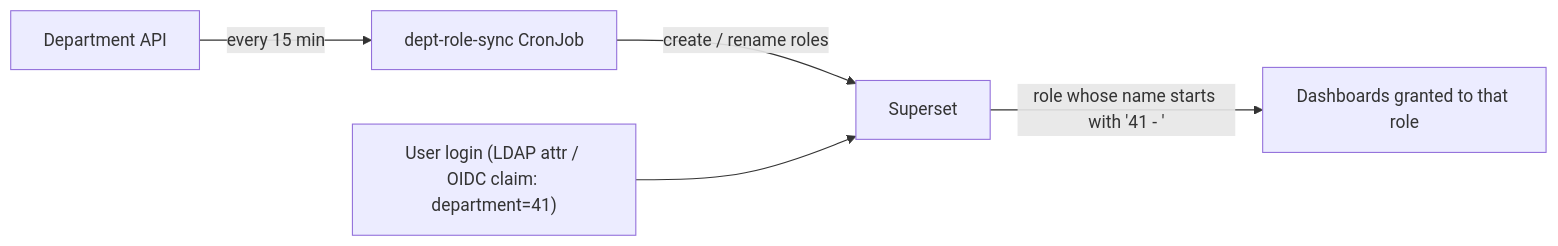
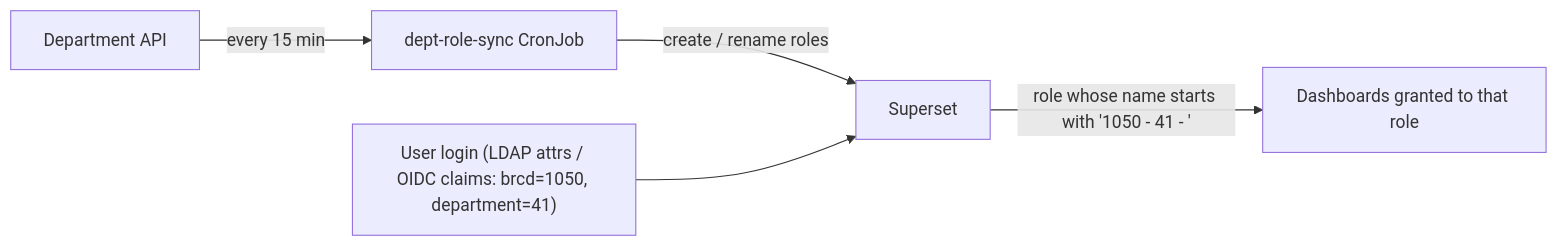
Before and after one commit to S0n98/superset-docs: the diagram in dept-role-sync/README.md, drawn with Mermaid. The commit also changed other lines of this file and 14 other files, not shown here.

````diff
--- a/dept-role-sync/README.md
+++ b/dept-role-sync/README.md
@@ -14,7 +32,7 @@
 ```mermaid
 flowchart LR
     API["Department API"] -- "every 15 min" --> Job["dept-role-sync CronJob"]
     Job -- "create / rename roles" --> SS[Superset]
-    User["User login (LDAP attr / OIDC claim: department=41)"] --> SS
-    SS -- "role whose name starts with '41 - '" --> Dash["Dashboards granted to that role"]
+    User["User login (LDAP attrs / OIDC claims: brcd=1050, department=41)"] --> SS
+    SS -- "role whose name starts with '1050 - 41 - '" --> Dash["Dashboards granted to that role"]
 ```
````
